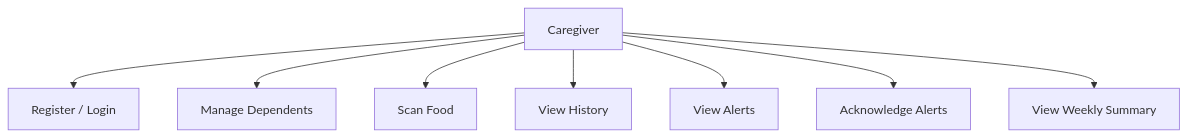
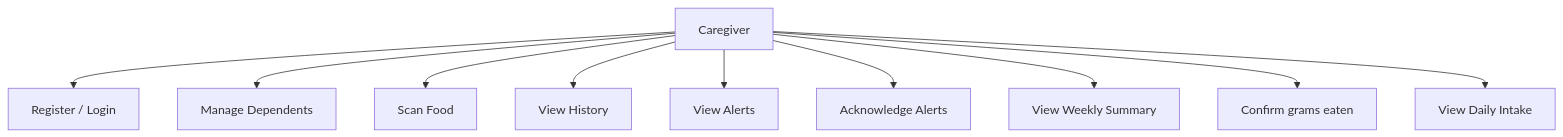
One commit to punypeony/HEALTHWATCH changed the first of 5 diagrams in docs/diagrams.md. Above: the diagram before and after it, drawn with Mermaid. The commit also changed other lines of this file and 38 other files, not shown here.

````diff
--- a/docs/diagrams.md
+++ b/docs/diagrams.md
@@ -9,11 +9,13 @@
 ```mermaid
 flowchart TD
   caregiver[Caregiver]
   caregiver --> registerLogin[Register / Login]
   caregiver --> manageDependents[Manage Dependents]
   caregiver --> scanFood[Scan Food]
   caregiver --> viewHistory[View History]
   caregiver --> viewAlerts[View Alerts]
   caregiver --> acknowledgeAlerts[Acknowledge Alerts]
   caregiver --> weeklySummary[View Weekly Summary]
+  caregiver --> confirmEaten[Confirm grams eaten]
+  caregiver --> dailyIntake[View Daily Intake]
 ```
````
